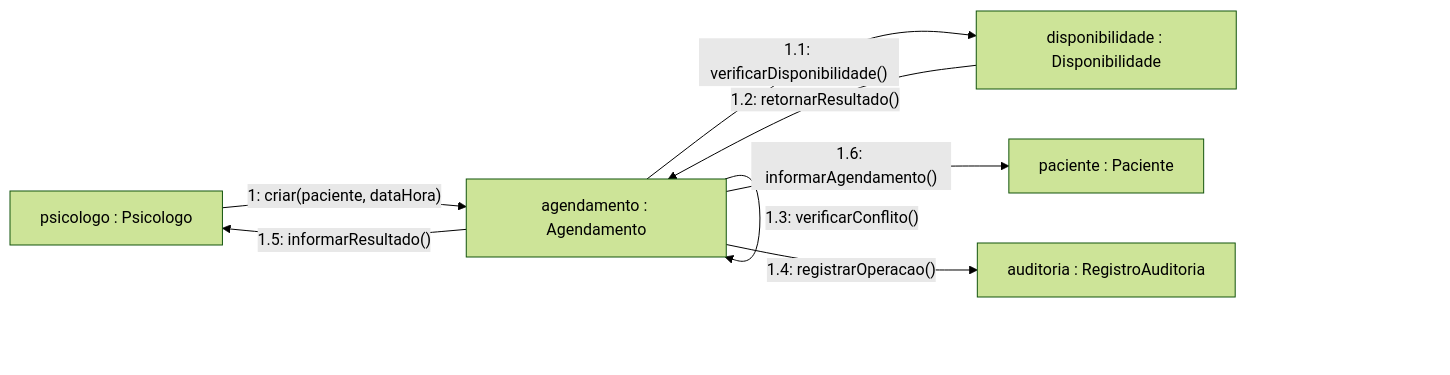
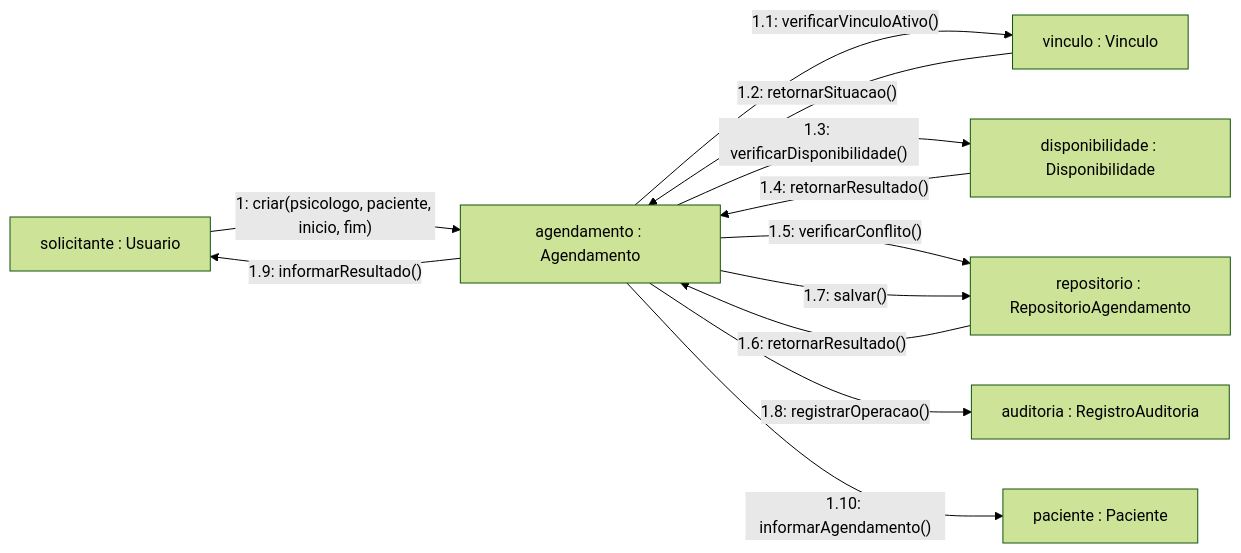
One commit to Icaro230307/AV3-PsiConnect changed the eighth of 14 diagrams in README.md. Above: the diagram before and after it, drawn with Mermaid (forest theme). The commit also changed other lines of this file, not shown here.

````diff
--- a/README.md
+++ b/README.md
@@ -246,16 +526,22 @@
 ```mermaid
 flowchart LR
-    P["psicologo : Psicologo"]
+    P["solicitante : Usuario"]
     A["agendamento : Agendamento"]
+    V["vinculo : Vinculo"]
     D["disponibilidade : Disponibilidade"]
+    REP["repositorio : RepositorioAgendamento"]
+    R["auditoria : RegistroAuditoria"]
     PAC["paciente : Paciente"]
-    R["auditoria : RegistroAuditoria"]
 
-    P -->|"1: criar(paciente, dataHora)"| A
-    A -->|"1.1: verificarDisponibilidade()"| D
-    D -->|"1.2: retornarResultado()"| A
-    A -->|"1.3: verificarConflito()"| A
-    A -->|"1.4: registrarOperacao()"| R
-    A -->|"1.5: informarResultado()"| P
-    A -->|"1.6: informarAgendamento()"| PAC
+    P -->|"1: criar(psicologo, paciente, inicio, fim)"| A
+    A -->|"1.1: verificarVinculoAtivo()"| V
+    V -->|"1.2: retornarSituacao()"| A
+    A -->|"1.3: verificarDisponibilidade()"| D
+    D -->|"1.4: retornarResultado()"| A
+    A -->|"1.5: verificarConflito()"| REP
+    REP -->|"1.6: retornarResultado()"| A
+    A -->|"1.7: salvar()"| REP
+    A -->|"1.8: registrarOperacao()"| R
+    A -->|"1.9: informarResultado()"| P
+    A -->|"1.10: informarAgendamento()"| PAC
 ```
````
